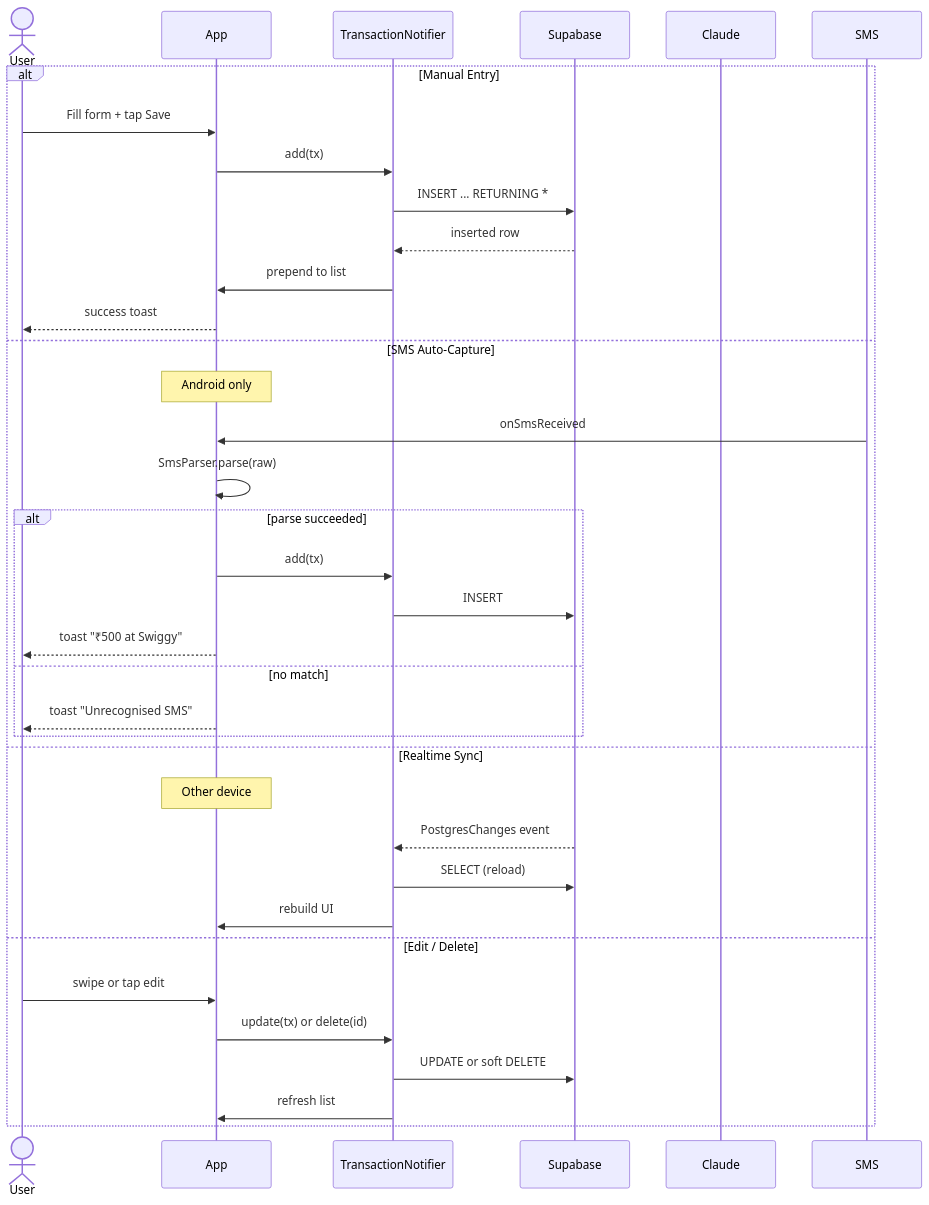
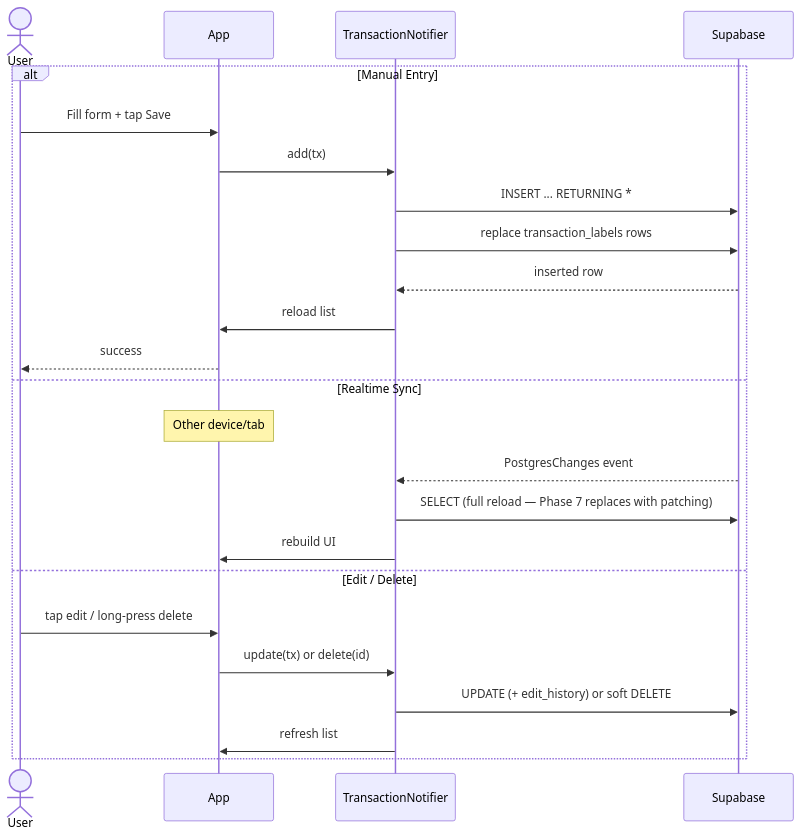
The fourth of 5 diagrams in docs/ARCHITECTURE.md (maybemnv/Financial-Tracker), drawn with Mermaid before and after one commit. The commit also changed other lines of this file and 8 other files, not shown here.

````diff
--- a/docs/ARCHITECTURE.md
+++ b/docs/ARCHITECTURE.md
@@ -128,38 +134,27 @@
 ```mermaid
 sequenceDiagram
     actor User
     participant App
     participant Provider as TransactionNotifier
     participant Supabase
-    participant Claude
 
     alt Manual Entry
         User->>App: Fill form + tap Save
         App->>Provider: add(tx)
         Provider->>Supabase: INSERT ... RETURNING *
+        Provider->>Supabase: replace transaction_labels rows
         Supabase-->>Provider: inserted row
-        Provider->>App: prepend to list
-        App-->>User: success toast
-    else SMS Auto-Capture
-        Note over App: Android only
-        SMS->>App: onSmsReceived
-        App->>App: SmsParser.parse(raw)
-        alt parse succeeded
-            App->>Provider: add(tx)
-            Provider->>Supabase: INSERT
-            App-->>User: toast "₹500 at Swiggy"
-        else no match
-            App-->>User: toast "Unrecognised SMS"
-        end
+        Provider->>App: reload list
+        App-->>User: success
     else Realtime Sync
-        Note over App: Other device
+        Note over App: Other device/tab
         Supabase-->>Provider: PostgresChanges event
-        Provider->>Supabase: SELECT (reload)
+        Provider->>Supabase: SELECT (full reload — Phase 7 replaces with patching)
         Provider->>App: rebuild UI
     else Edit / Delete
-        User->>App: swipe or tap edit
+        User->>App: tap edit / long-press delete
         App->>Provider: update(tx) or delete(id)
-        Provider->>Supabase: UPDATE or soft DELETE
+        Provider->>Supabase: UPDATE (+ edit_history) or soft DELETE
         Provider->>App: refresh list
     end
 ```
````
